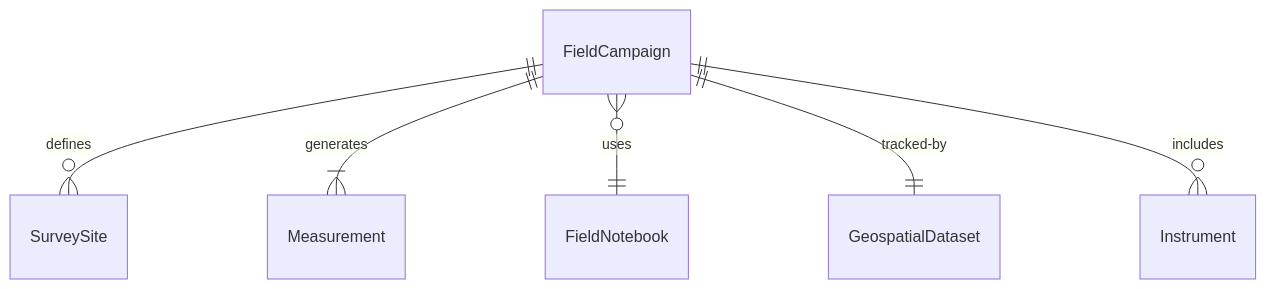
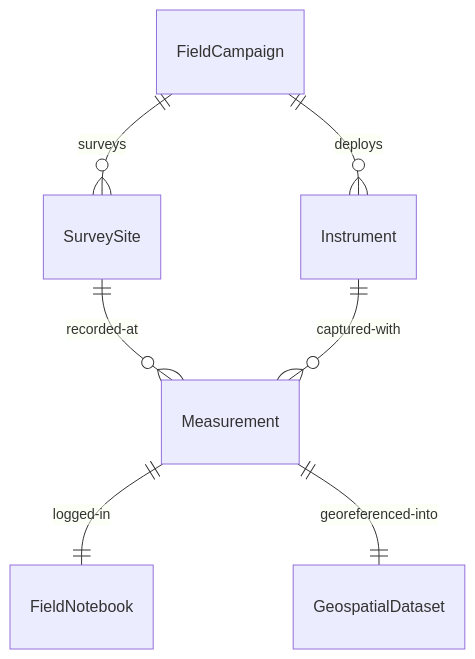
One commit to dot-org-ai/tasks.org.ai changed the first of 4 diagrams in HandlingAndMovingObjects/CollectEnvironmentalOrBiologicalSamples/CollectGeographicalGeologicalFieldData.mdx. Above: the diagram before and after it, drawn with Mermaid. The commit also changed other lines of this file and 515 other files, not shown here.

````diff
--- a/HandlingAndMovingObjects/CollectEnvironmentalOrBiologicalSamples/CollectGeographicalGeologicalFieldData.mdx
+++ b/HandlingAndMovingObjects/CollectEnvironmentalOrBiologicalSamples/CollectGeographicalGeologicalFieldData.mdx
@@ -87,8 +87,9 @@
 ```mermaid
 erDiagram
-    FieldCampaign ||--o{ SurveySite : "defines"
-    FieldCampaign ||--|{ Measurement : "generates"
-    FieldCampaign }o--|| FieldNotebook : "uses"
-    FieldCampaign ||--|| GeospatialDataset : "tracked-by"
-    FieldCampaign ||--o{ Instrument : "includes"
+    FieldCampaign ||--o{ SurveySite : "surveys"
+    SurveySite ||--o{ Measurement : "recorded-at"
+    Instrument ||--o{ Measurement : "captured-with"
+    Measurement ||--|| FieldNotebook : "logged-in"
+    Measurement ||--|| GeospatialDataset : "georeferenced-into"
+    FieldCampaign ||--o{ Instrument : "deploys"
 ```
````
